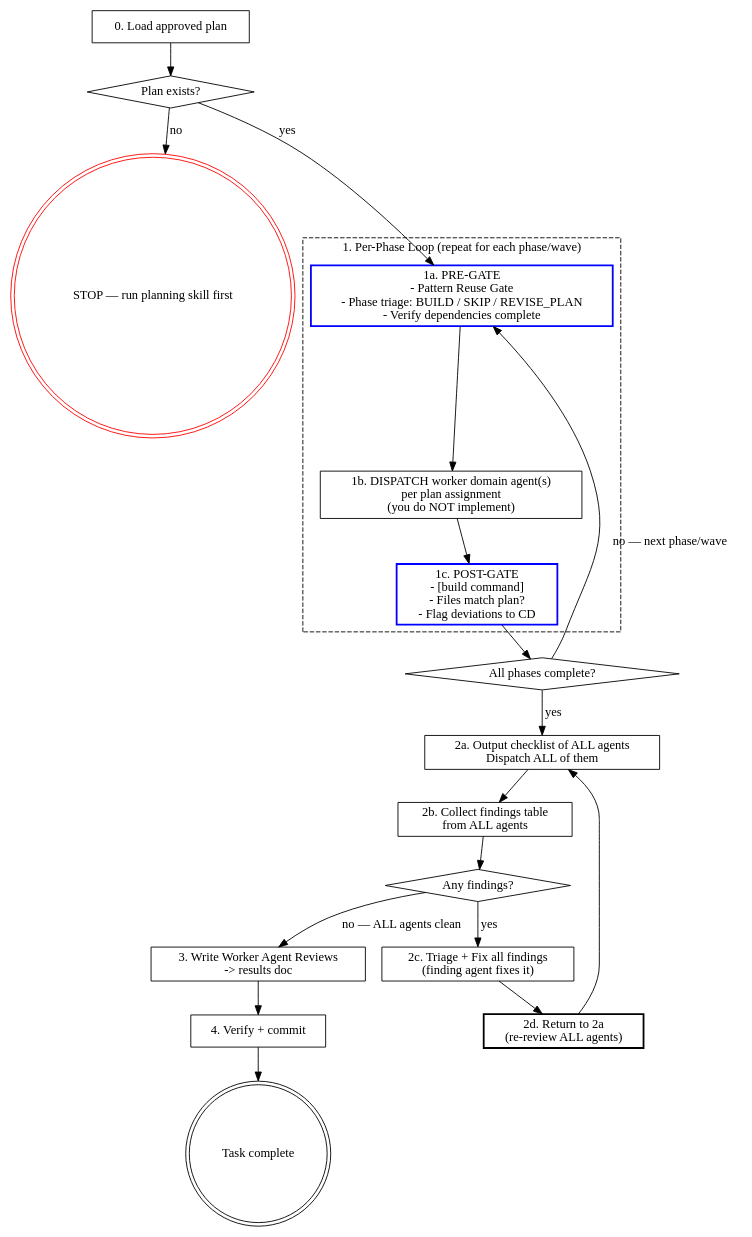
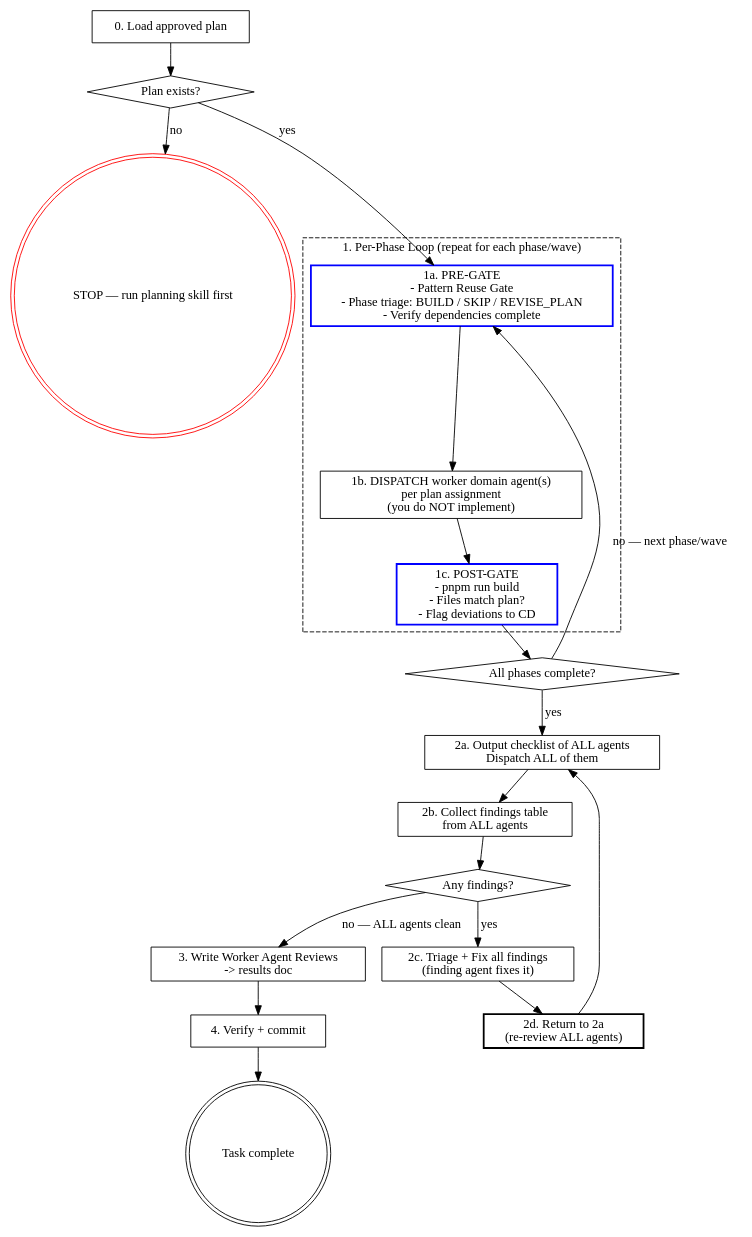
One commit to Inpacchi/mission-control changed the diagram in .claude/skills/sdlc-execute/SKILL.md. Above: the diagram before and after it, drawn with Graphviz. The commit also changed other lines of this file and 71 other files, not shown here.

````diff
--- a/.claude/skills/sdlc-execute/SKILL.md
+++ b/.claude/skills/sdlc-execute/SKILL.md
@@ -56,45 +56,45 @@
 ```dot
 digraph execution {
     rankdir=TB;
 
     "0. Load approved plan" [shape=box];
     "Plan exists?" [shape=diamond];
     "STOP — run planning skill first" [shape=doublecircle, color=red];
 
     subgraph cluster_phase_loop {
         label="1. Per-Phase Loop (repeat for each phase/wave)";
         style=dashed;
 
         "1a. PRE-GATE\n- Pattern Reuse Gate\n- Phase triage: BUILD / SKIP / REVISE_PLAN\n- Verify dependencies complete" [shape=box, style=bold, color=blue];
         "1b. DISPATCH worker domain agent(s)\nper plan assignment\n(you do NOT implement)" [shape=box];
-        "1c. POST-GATE\n- [build command]\n- Files match plan?\n- Flag deviations to CD" [shape=box, style=bold, color=blue];
+        "1c. POST-GATE\n- pnpm run build\n- Files match plan?\n- Flag deviations to CD" [shape=box, style=bold, color=blue];
     }
 
     "All phases complete?" [shape=diamond];
     "2a. Output checklist of ALL agents\nDispatch ALL of them" [shape=box];
     "2b. Collect findings table\nfrom ALL agents" [shape=box];
     "Any findings?" [shape=diamond];
     "2c. Triage + Fix all findings\n(finding agent fixes it)" [shape=box];
     "2d. Return to 2a\n(re-review ALL agents)" [shape=box, style=bold];
     "3. Write Worker Agent Reviews\n-> results doc" [shape=box];
     "4. Verify + commit" [shape=box];
     "Task complete" [shape=doublecircle];
 
     "0. Load approved plan" -> "Plan exists?";
     "Plan exists?" -> "STOP — run planning skill first" [label="no"];
     "Plan exists?" -> "1a. PRE-GATE\n- Pattern Reuse Gate\n- Phase triage: BUILD / SKIP / REVISE_PLAN\n- Verify dependencies complete" [label="yes"];
     "1a. PRE-GATE\n- Pattern Reuse Gate\n- Phase triage: BUILD / SKIP / REVISE_PLAN\n- Verify dependencies complete" -> "1b. DISPATCH worker domain agent(s)\nper plan assignment\n(you do NOT implement)";
-    "1b. DISPATCH worker domain agent(s)\nper plan assignment\n(you do NOT implement)" -> "1c. POST-GATE\n- [build command]\n- Files match plan?\n- Flag deviations to CD";
-    "1c. POST-GATE\n- [build command]\n- Files match plan?\n- Flag deviations to CD" -> "All phases complete?";
+    "1b. DISPATCH worker domain agent(s)\nper plan assignment\n(you do NOT implement)" -> "1c. POST-GATE\n- pnpm run build\n- Files match plan?\n- Flag deviations to CD";
+    "1c. POST-GATE\n- pnpm run build\n- Files match plan?\n- Flag deviations to CD" -> "All phases complete?";
     "All phases complete?" -> "1a. PRE-GATE\n- Pattern Reuse Gate\n- Phase triage: BUILD / SKIP / REVISE_PLAN\n- Verify dependencies complete" [label="no — next phase/wave"];
     "All phases complete?" -> "2a. Output checklist of ALL agents\nDispatch ALL of them" [label="yes"];
     "2a. Output checklist of ALL agents\nDispatch ALL of them" -> "2b. Collect findings table\nfrom ALL agents";
     "2b. Collect findings table\nfrom ALL agents" -> "Any findings?";
     "Any findings?" -> "2c. Triage + Fix all findings\n(finding agent fixes it)" [label="yes"];
     "2c. Triage + Fix all findings\n(finding agent fixes it)" -> "2d. Return to 2a\n(re-review ALL agents)";
     "2d. Return to 2a\n(re-review ALL agents)" -> "2a. Output checklist of ALL agents\nDispatch ALL of them";
     "Any findings?" -> "3. Write Worker Agent Reviews\n-> results doc" [label="no — ALL agents clean"];
     "3. Write Worker Agent Reviews\n-> results doc" -> "4. Verify + commit";
     "4. Verify + commit" -> "Task complete";
 }
 ```
````
